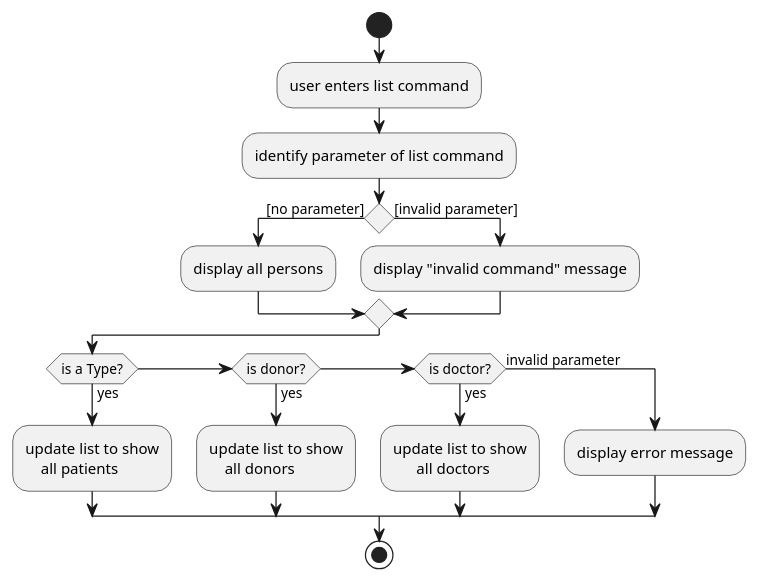
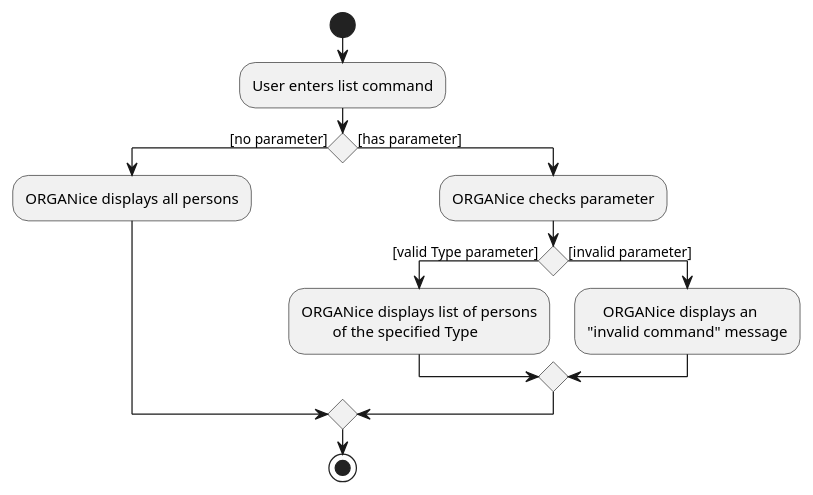
One commit to AY1920S1-CS2103T-T13-1/main changed the diagram in docs/diagrams/ListActivityDiagram.puml. Above: the diagram before and after it, drawn with PlantUML. The commit also changed 2 other files, not shown here.

Commit message:
Amend list diagram.

```diff
--- a/docs/diagrams/ListActivityDiagram.puml
+++ b/docs/diagrams/ListActivityDiagram.puml
@@ -1,24 +1,18 @@
 @startuml
 
 start
-:user enters list command;
-:identify parameter of list command;
+:User enters list command;
 if () then ([no parameter])
-    :display all persons;
-else ([invalid parameter])
-    :display "invalid command" message;
-endif
-if (is a Type?) then (yes)
-    :update list to show
-        all patients;
-elseif (is donor?) then (yes)
-    :update list to show
-        all donors;
-elseif (is doctor?) then (yes)
-    :update list to show
-          all doctors;
-else (invalid parameter)
-    :display error message;
+    :ORGANice displays all persons;
+else ([has parameter])
+    :ORGANice checks parameter;
+    if () then ([valid Type parameter])
+        :ORGANice displays list of persons
+                of the specified Type;
+    else ([invalid parameter])
+        :    ORGANice displays an
+        "invalid command" message;
+    endif
 endif
 stop
 @enduml
```
